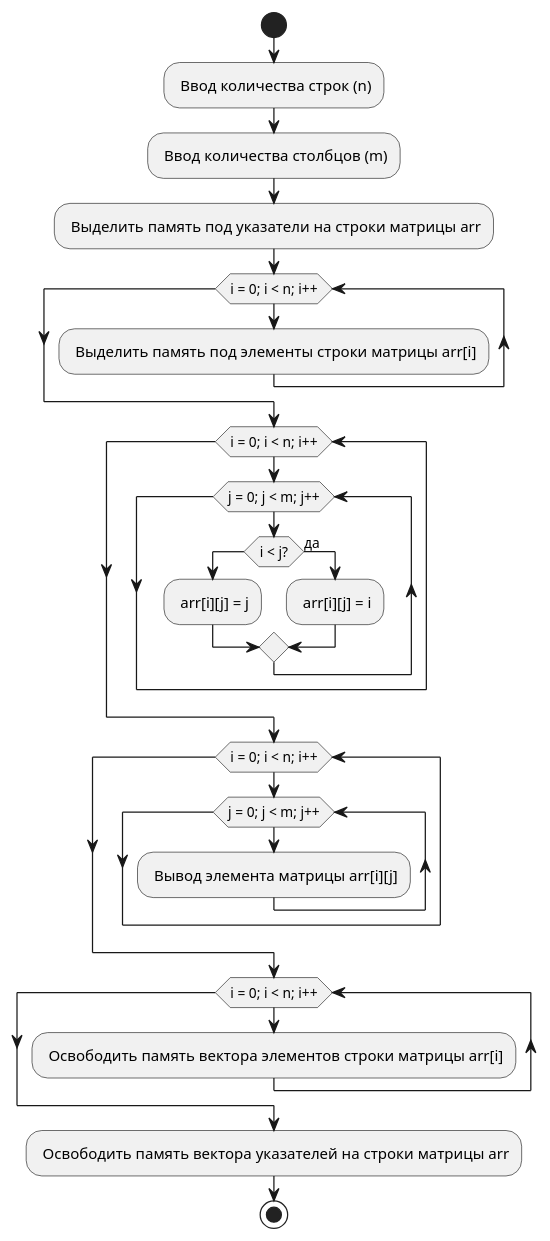
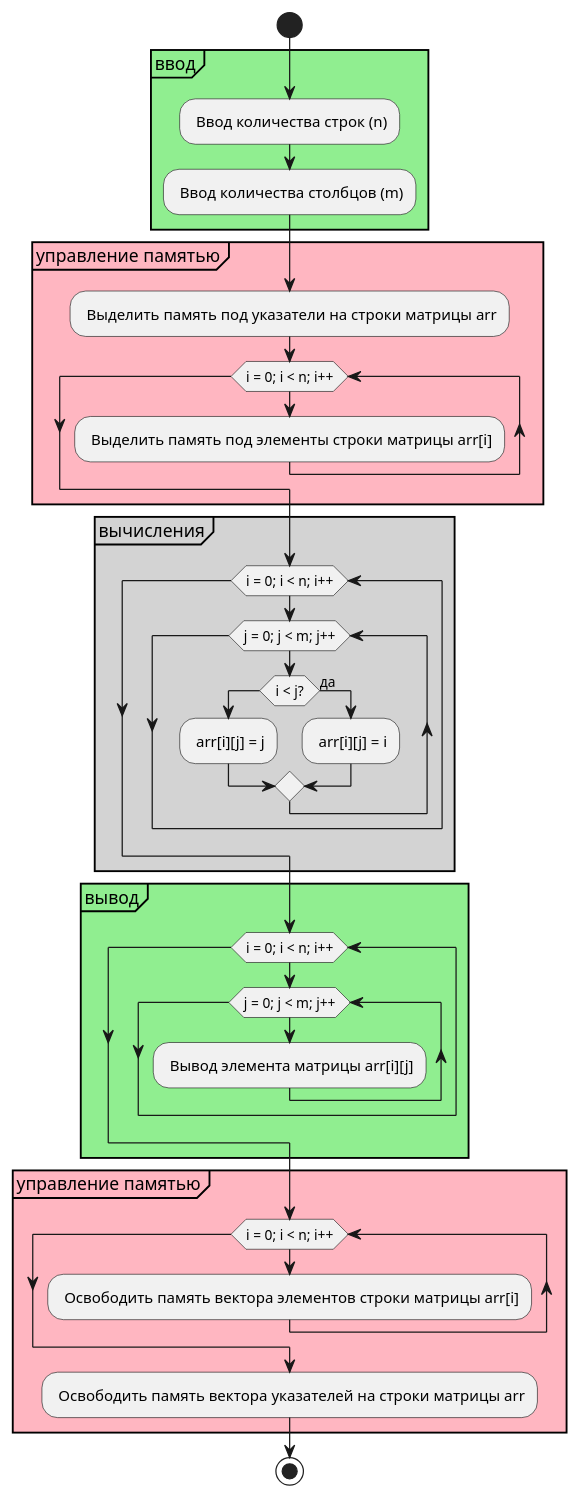
The diagram in uml/06-example3.puml (ermakov0/ivt-cpp), drawn with PlantUML before and after one commit. The commit also changed 25 other files, not shown here.

```diff
--- a/uml/06-example3.puml
+++ b/uml/06-example3.puml
@@ -1,32 +1,38 @@
 @startuml 06-example3
 start
-- Ввод количества строк (n)
-- Ввод количества столбцов (m)
-
-- Выделить память под указатели на строки матрицы arr
-while (i = 0; i < n; i++)
-    - Выделить память под элементы строки матрицы arr[i]
-endwhile
-
-while (i = 0; i < n; i++)
-    while (j = 0; j < m; j++)
-        if (i < j?) then
-            - arr[i][j] = j
-        else (да)
-            - arr[i][j] = i
-        endif
+partition #lightGreen "ввод" {
+    - Ввод количества строк (n)
+    - Ввод количества столбцов (m)
+}
+partition #lightPink "управление памятью" {
+    - Выделить память под указатели на строки матрицы arr
+    while (i = 0; i < n; i++)
+        - Выделить память под элементы строки матрицы arr[i]
     endwhile
-endwhile
-
-while (i = 0; i < n; i++)
-    while (j = 0; j < m; j++)
-        - Вывод элемента матрицы arr[i][j]
+}
+partition #lightGray "вычисления" {
+    while (i = 0; i < n; i++)
+        while (j = 0; j < m; j++)
+            if (i < j?) then
+                - arr[i][j] = j
+            else (да)
+                - arr[i][j] = i
+            endif
+        endwhile
     endwhile
-endwhile
-
-while (i = 0; i < n; i++)
-    - Освободить память вектора элементов строки матрицы arr[i]
-endwhile
-- Освободить память вектора указателей на строки матрицы arr
+}
+partition #lightGreen "вывод" {
+    while (i = 0; i < n; i++)
+        while (j = 0; j < m; j++)
+            - Вывод элемента матрицы arr[i][j]
+        endwhile
+    endwhile
+}
+partition #lightPink "управление памятью" {
+    while (i = 0; i < n; i++)
+        - Освободить память вектора элементов строки матрицы arr[i]
+    endwhile
+    - Освободить память вектора указателей на строки матрицы arr
+}
 stop
 @enduml
```
